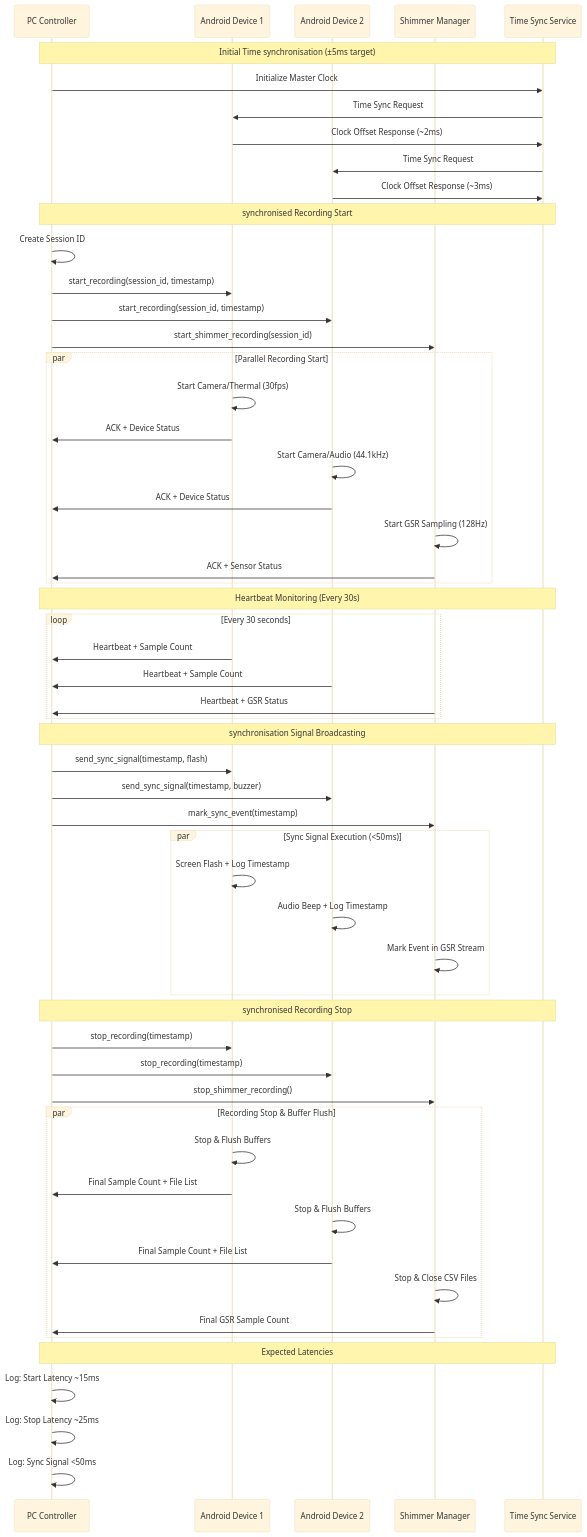
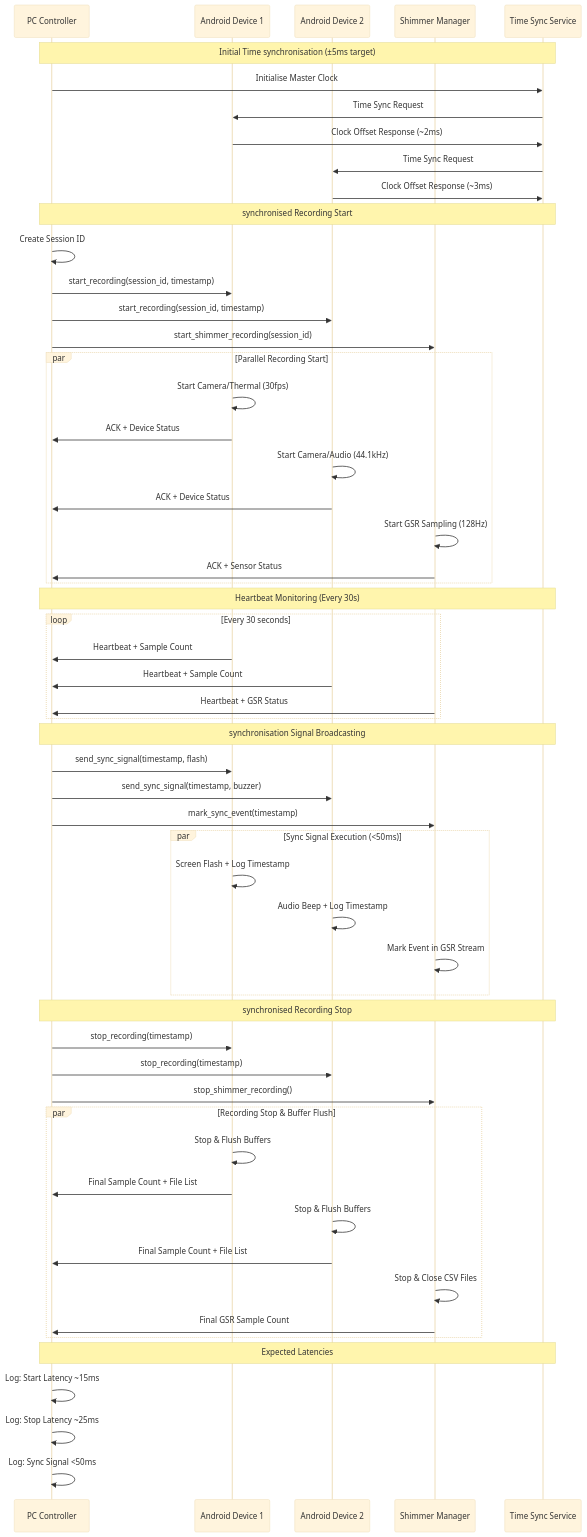
Before and after one commit to buccancs/fyp-multi-sensor-recording-system: the fourth of 19 diagrams in docs/diagrams/chapter3_diagrams.md, drawn with Mermaid (base theme). The commit also changed other lines of this file and 67 other files, not shown here.

````diff
--- a/docs/diagrams/chapter3_diagrams.md
+++ b/docs/diagrams/chapter3_diagrams.md
@@ -149,67 +149,67 @@
 ```mermaid
 sequenceDiagram
     participant PC as PC Controller
     participant A1 as Android Device 1
     participant A2 as Android Device 2
     participant SM as Shimmer Manager
     participant TS as Time Sync Service
 
     Note over PC,TS: Initial Time synchronisation (±5ms target)
-    PC->>TS: Initialize Master Clock
+    PC->>TS: Initialise Master Clock
     TS->>A1: Time Sync Request
     A1->>TS: Clock Offset Response (~2ms)
     TS->>A2: Time Sync Request  
     A2->>TS: Clock Offset Response (~3ms)
     
     Note over PC,TS: synchronised Recording Start
     PC->>PC: Create Session ID
     PC->>A1: start_recording(session_id, timestamp)
     PC->>A2: start_recording(session_id, timestamp)
     PC->>SM: start_shimmer_recording(session_id)
     
     par Parallel Recording Start
         A1->>A1: Start Camera/Thermal (30fps)
         A1->>PC: ACK + Device Status
         A2->>A2: Start Camera/Audio (44.1kHz)
         A2->>PC: ACK + Device Status
         SM->>SM: Start GSR Sampling (128Hz)
         SM->>PC: ACK + Sensor Status
     end
     
     Note over PC,TS: Heartbeat Monitoring (Every 30s)
     loop Every 30 seconds
         A1->>PC: Heartbeat + Sample Count
         A2->>PC: Heartbeat + Sample Count
         SM->>PC: Heartbeat + GSR Status
     end
     
     Note over PC,TS: synchronisation Signal Broadcasting
     PC->>A1: send_sync_signal(timestamp, flash)
     PC->>A2: send_sync_signal(timestamp, buzzer)
     PC->>SM: mark_sync_event(timestamp)
     
     par Sync Signal Execution (<50ms)
         A1->>A1: Screen Flash + Log Timestamp
         A2->>A2: Audio Beep + Log Timestamp  
         SM->>SM: Mark Event in GSR Stream
     end
     
     Note over PC,TS: synchronised Recording Stop
     PC->>A1: stop_recording(timestamp)
     PC->>A2: stop_recording(timestamp)
     PC->>SM: stop_shimmer_recording()
     
     par Recording Stop & Buffer Flush
         A1->>A1: Stop & Flush Buffers
         A1->>PC: Final Sample Count + File List
         A2->>A2: Stop & Flush Buffers
         A2->>PC: Final Sample Count + File List
         SM->>SM: Stop & Close CSV Files
         SM->>PC: Final GSR Sample Count
     end
     
     Note over PC,TS: Expected Latencies
     PC->>PC: Log: Start Latency ~15ms
     PC->>PC: Log: Stop Latency ~25ms
     PC->>PC: Log: Sync Signal <50ms
 ```
````
